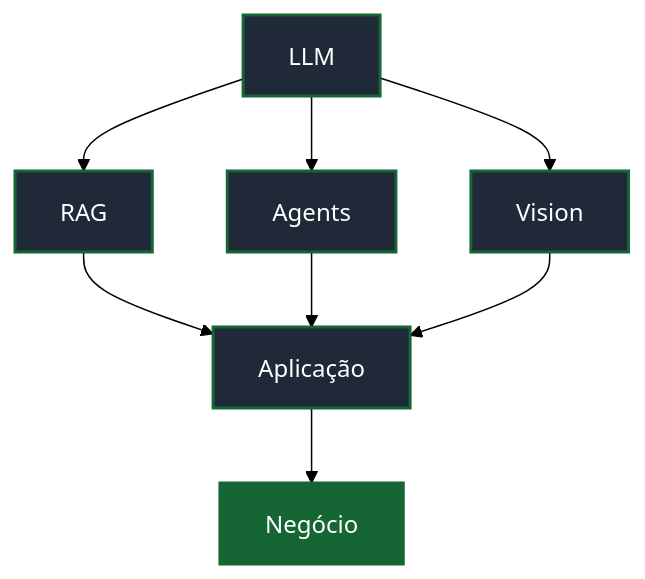
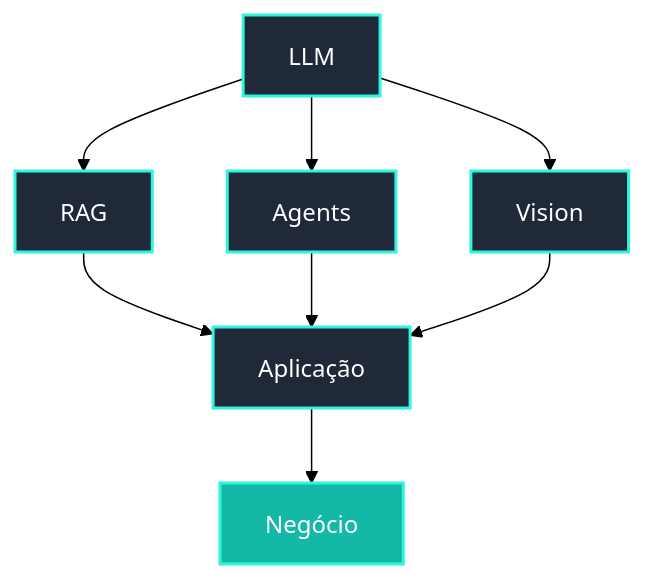
The seventh of 16 diagrams in profile/README.md (StackBlackzada/.github), drawn with Mermaid (forest theme) before and after one commit. The commit also changed other lines of this file, not shown here.

````diff
--- a/profile/README.md
+++ b/profile/README.md
@@ -471,9 +471,9 @@
 ```mermaid
 flowchart TD
     LLM["LLM"] --> RAG["RAG"] & AG["Agents"] & VI["Vision"]
     RAG & AG & VI --> APP["Aplicação"] --> BIZ["Negócio"]
-    classDef d fill:#1F2937,stroke:#166534,color:#fff,stroke-width:2px
-    classDef hot fill:#166534,stroke:#166534,color:#fff,stroke-width:2px
+    classDef d fill:#1F2937,stroke:#2DF5E0,color:#fff,stroke-width:2px
+    classDef hot fill:#14B8A6,stroke:#2DF5E0,color:#fff,stroke-width:2px
     class LLM,RAG,AG,VI,APP d
     class BIZ hot
 ```
````
